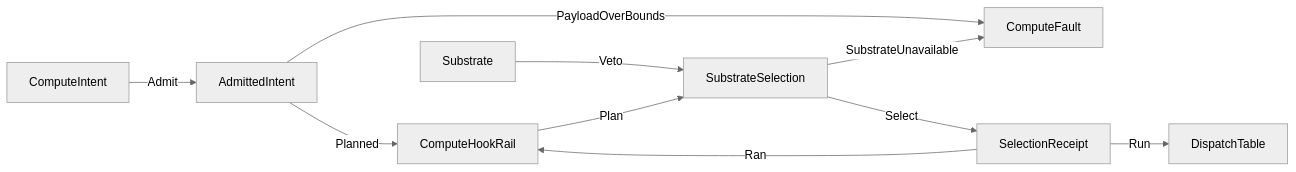
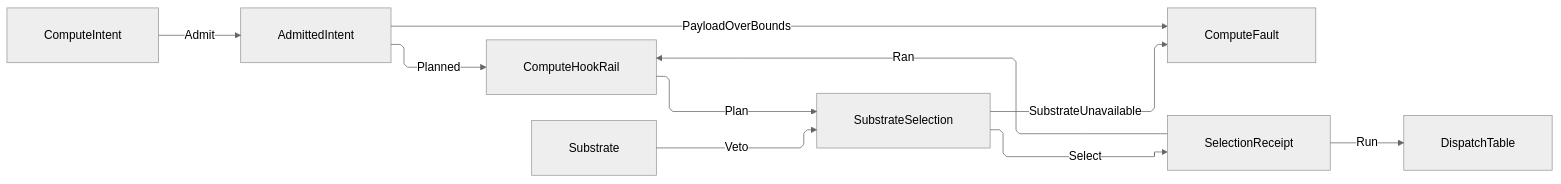
Before and after one commit to bsamiee/Rasm: the diagram in libs/csharp/Rasm.Compute/.planning/Runtime/admission.md, drawn with Mermaid (neutral theme). The commit also changed other lines of this file and 636 other files, not shown here.

````diff
--- a/libs/csharp/Rasm.Compute/.planning/Runtime/admission.md
+++ b/libs/csharp/Rasm.Compute/.planning/Runtime/admission.md
@@ -404,12 +404,21 @@
 ```mermaid
+---
+config:
+  layout: elk
+  flowchart:
+    curve: linear
+    padding: 25
+---
 flowchart LR
+    accTitle: Compute intent admission and substrate selection
+    accDescr: Admitted intents plan through the hook rail into a substrate selection, and every bound refusal rails a compute fault.
     ComputeIntent -- Admit --> AdmittedIntent
     AdmittedIntent -- PayloadOverBounds --> ComputeFault
     AdmittedIntent -- Planned --> ComputeHookRail
     ComputeHookRail -- Plan --> SubstrateSelection
     Substrate -- Veto --> SubstrateSelection
     SubstrateSelection -- SubstrateUnavailable --> ComputeFault
     SubstrateSelection -- Select --> SelectionReceipt
     SelectionReceipt -- Ran --> ComputeHookRail
     SelectionReceipt -- Run --> DispatchTable
 ```
````
